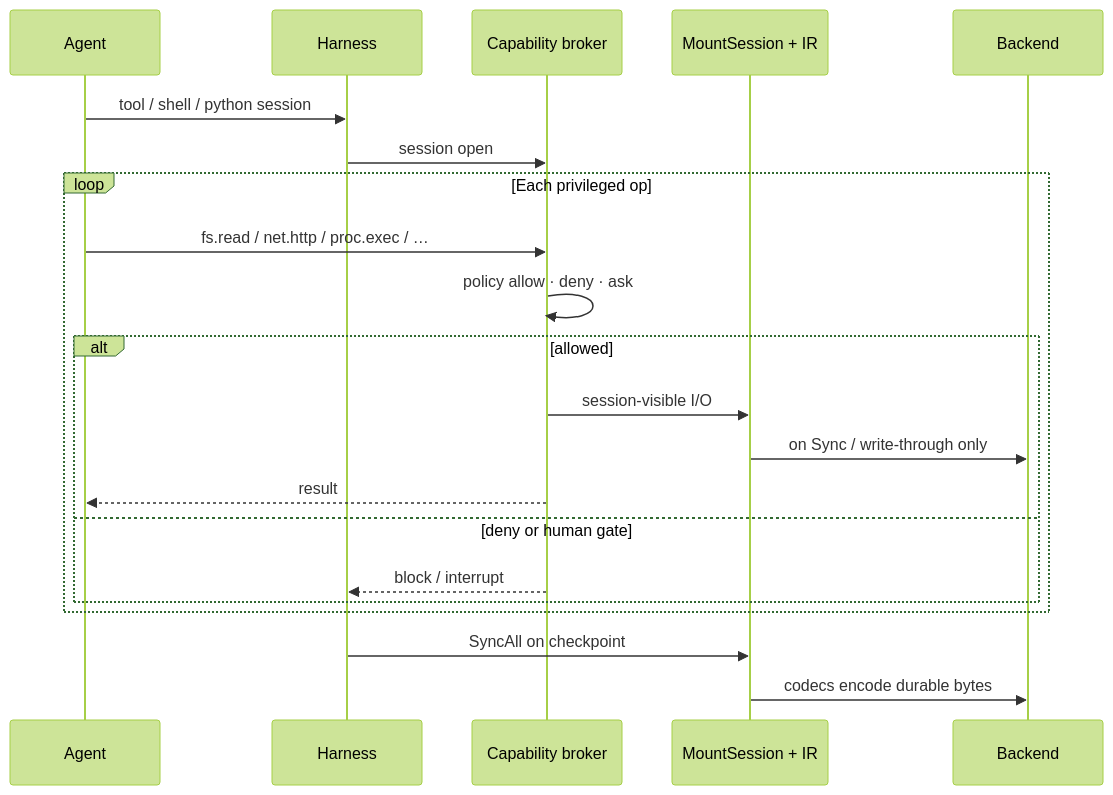
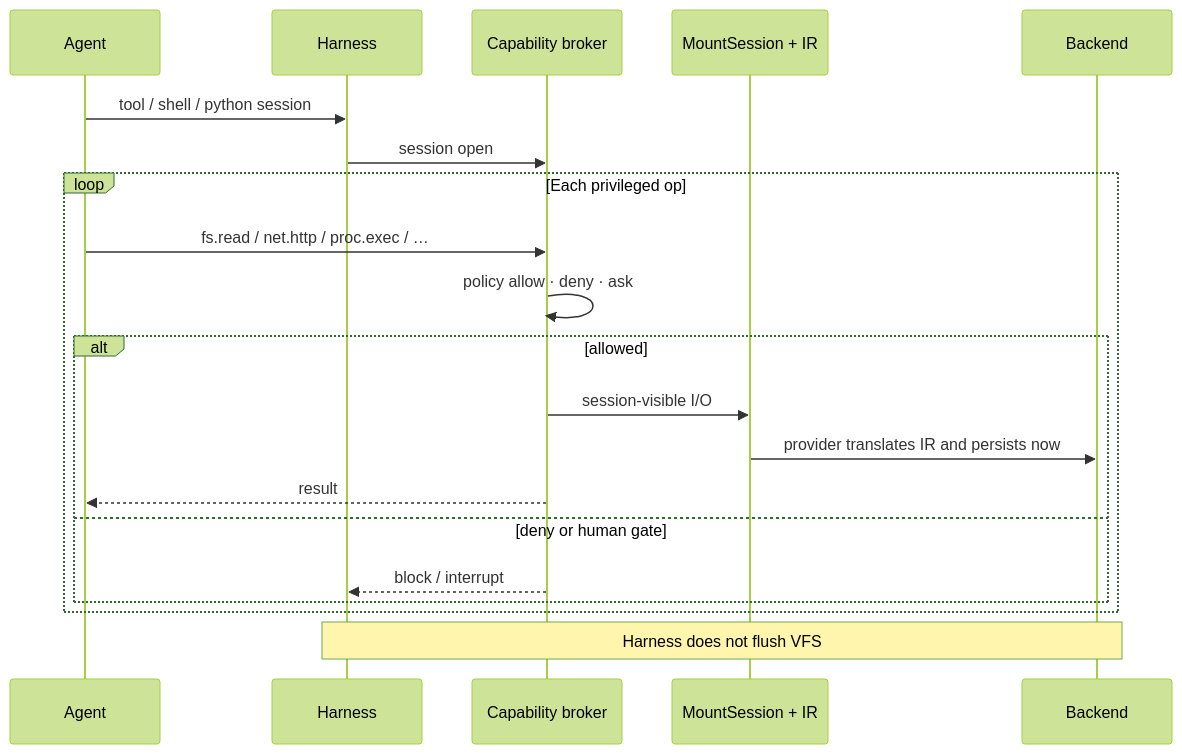
Before and after one commit to Ryanaldo34/tacklr: the second of 2 diagrams in README.md, drawn with Mermaid (forest theme). The commit also changed other lines of this file and 92 other files, not shown here.

````diff
--- a/README.md
+++ b/README.md
@@ -362,24 +362,23 @@
 ```mermaid
 sequenceDiagram
   participant Agent
   participant Harness
   participant Broker as Capability broker
   participant VFS as MountSession + IR
   participant Backend
 
   Agent->>Harness: tool / shell / python session
   Harness->>Broker: session open
   loop Each privileged op
     Agent->>Broker: fs.read / net.http / proc.exec / …
     Broker->>Broker: policy allow · deny · ask
     alt allowed
       Broker->>VFS: session-visible I/O
-      VFS->>Backend: on Sync / write-through only
+      VFS->>Backend: provider translates IR and persists now
       Broker-->>Agent: result
     else deny or human gate
       Broker-->>Harness: block / interrupt
     end
   end
-  Harness->>VFS: SyncAll on checkpoint
-  VFS->>Backend: codecs encode durable bytes
+  Note over Harness,Backend: Harness does not flush VFS
 ```
````
